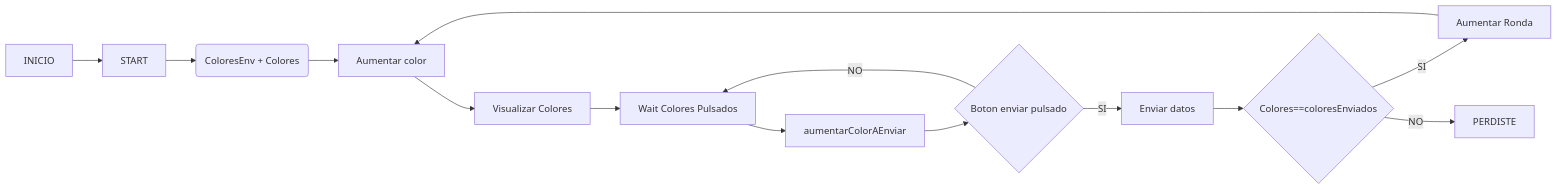
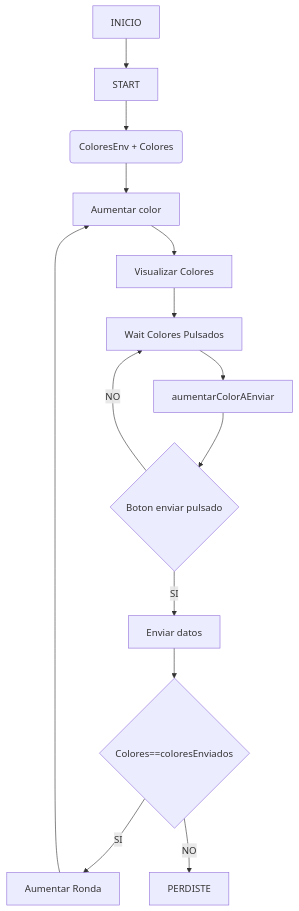
Before and after one commit to NicolasRodriguezSteuerberg/SimonDice: the first of 2 diagrams in Readme.md, drawn with Mermaid. The commit also changed other lines of this file, not shown here.

Commit message:
Diagrama en vertical

````diff
--- a/Readme.md
+++ b/Readme.md
@@ -12,16 +12,16 @@
 ```mermaid
-flowchart LR
+graph TD
 
 I[INICIO] --> S[START]
 S --> V(ColoresEnv + Colores)
 V --> Aumentar[Aumentar color]
 Aumentar --> Vis[Visualizar Colores]
 Vis --> W[Wait Colores Pulsados]
 W --> Aumentar2[aumentarColorAEnviar]
 Aumentar2 --> CBoton{Boton enviar pulsado}
 CBoton --> |NO|W
 CBoton --> |SI|E[Enviar datos]
 E --> C{Colores==coloresEnviados}
 C --> |SI|+R[Aumentar Ronda] --> Aumentar
 C --> |NO| P[PERDISTE]
 ```
````
